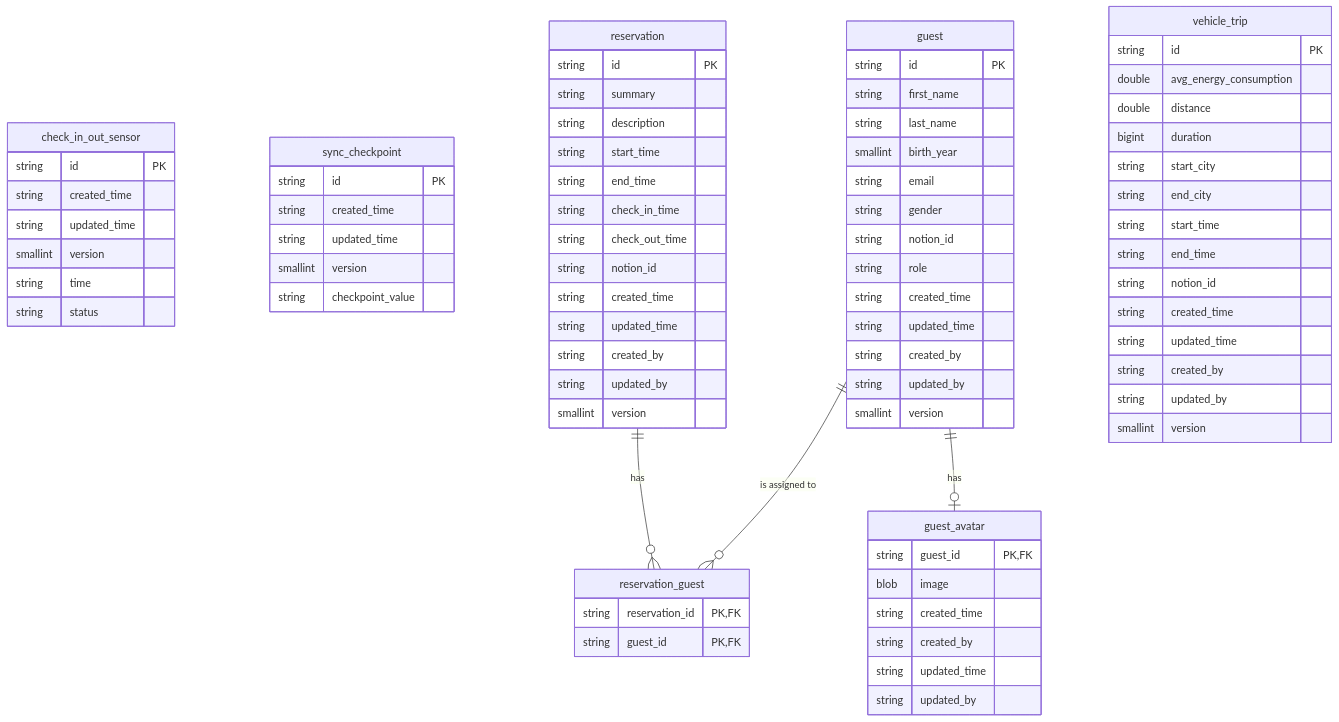
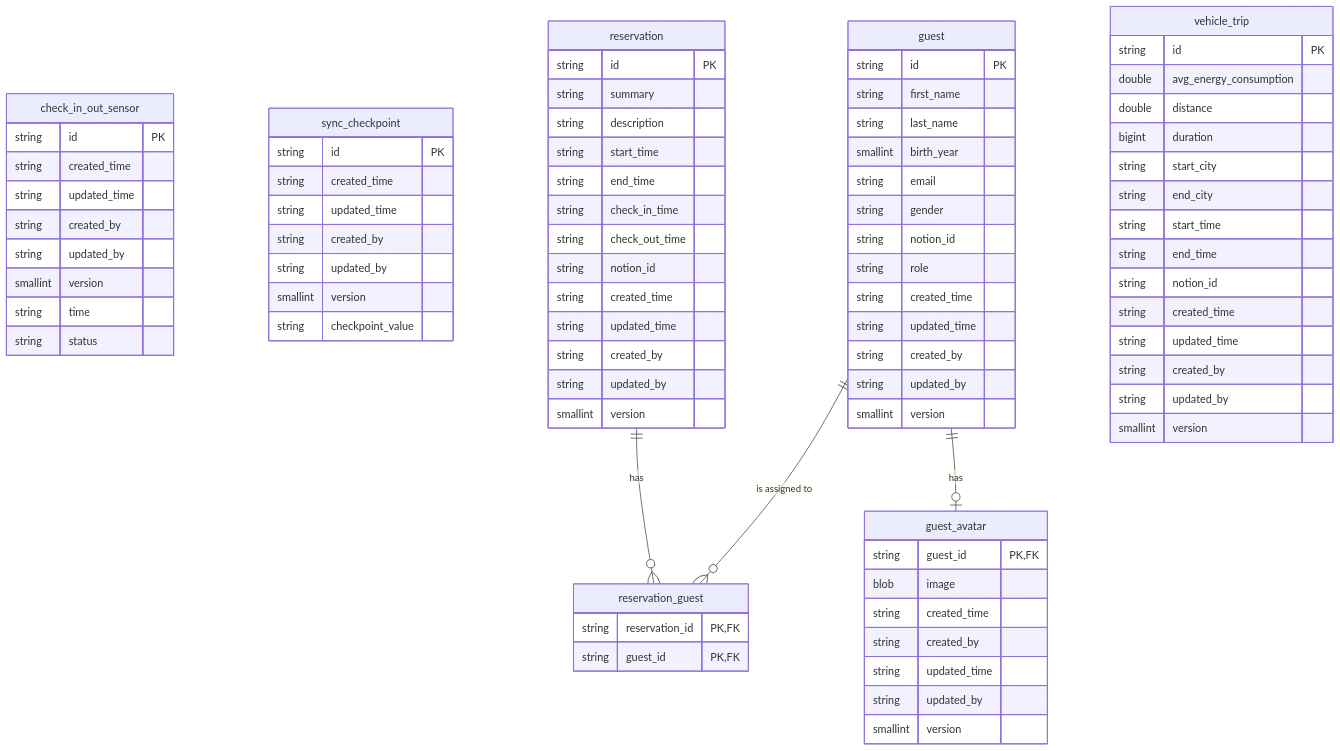
One commit to ismarslomic/cabin-visits-kotlin changed the diagram in docs/database_schema.md. Above: the diagram before and after it, drawn with Mermaid. The commit also changed other lines of this file and 22 other files, not shown here.

```diff
--- a/docs/database_schema.md
+++ b/docs/database_schema.md
@@ -6,6 +6,8 @@
         string id PK
         string created_time
         string updated_time
+        string created_by
+        string updated_by
         smallint version
         string time
         string status
@@ -15,6 +17,8 @@
         string id PK
         string created_time
         string updated_time
+        string created_by
+        string updated_by
         smallint version
         string checkpoint_value
     }
@@ -58,6 +62,7 @@
         string created_by
         string updated_time
         string updated_by
+        smallint version
     }
 
     reservation_guest {
```
